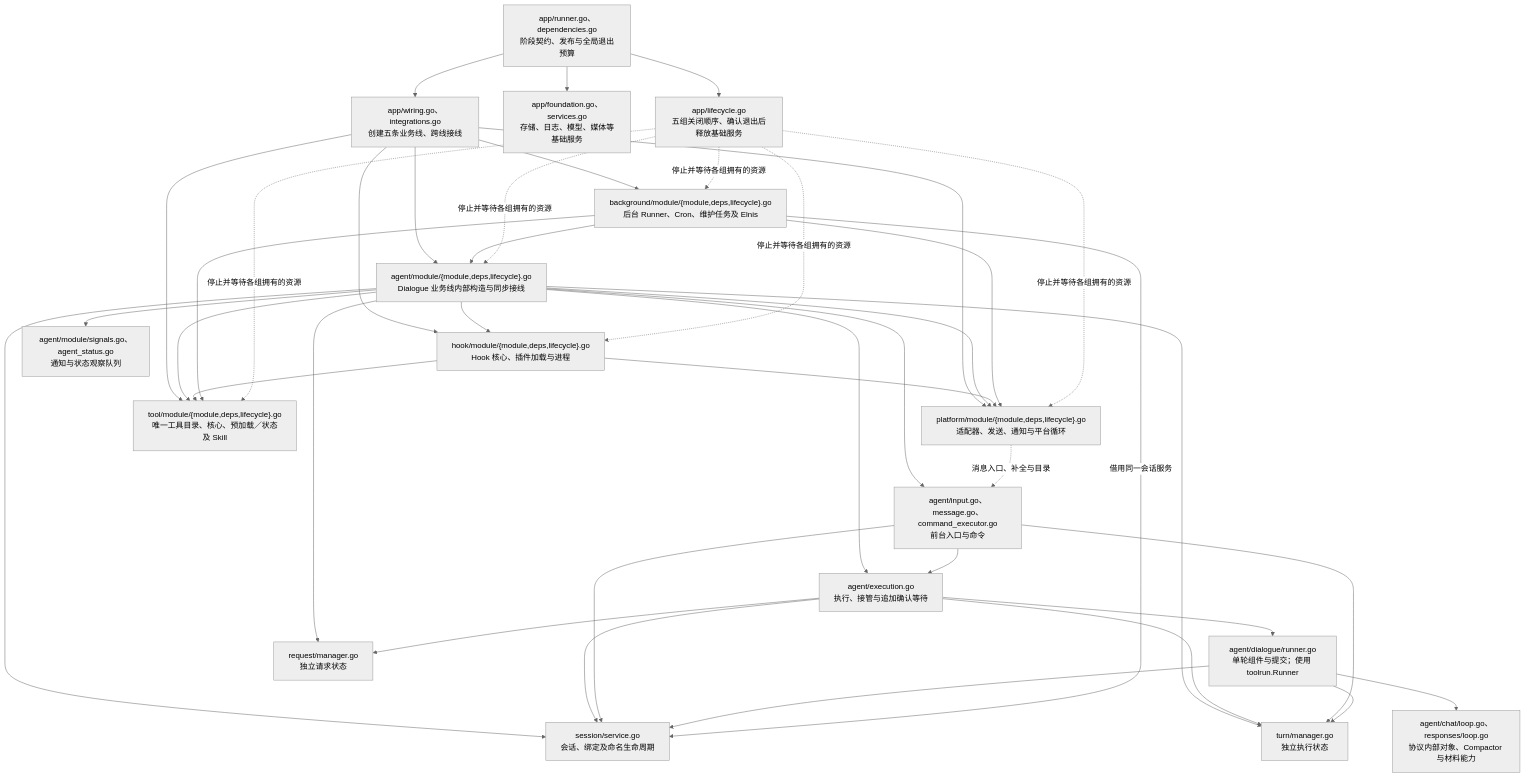
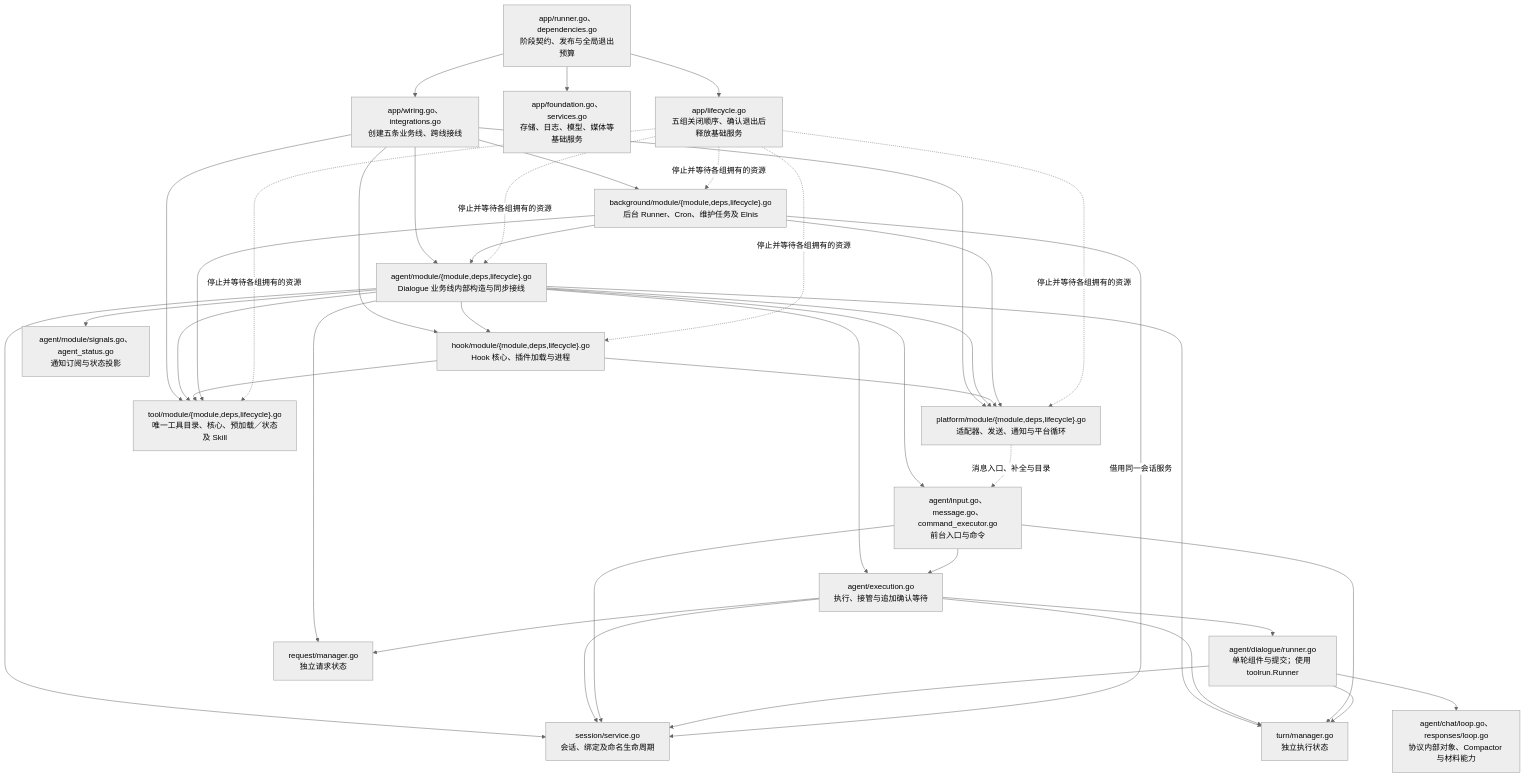
Before and after one commit to Elflare/elbot: the first of 5 diagrams in devdocs/architecture.md, drawn with Mermaid (neutral theme). The commit also changed other lines of this file and 159 other files, not shown here.

````diff
--- a/devdocs/architecture.md
+++ b/devdocs/architecture.md
@@ -31,37 +31,37 @@
 ```mermaid
 flowchart TB
     A["app/runner.go、dependencies.go<br/>阶段契约、发布与全局退出预算"]
     W["app/wiring.go、integrations.go<br/>创建五条业务线、跨线接线"]
     F["app/foundation.go、services.go<br/>存储、日志、模型、媒体等基础服务"]
     L["app/lifecycle.go<br/>五组关闭顺序、确认退出后释放基础服务"]
     P["platform/module/{module,deps,lifecycle}.go<br/>适配器、发送、通知与平台循环"]
     T["tool/module/{module,deps,lifecycle}.go<br/>唯一工具目录、核心、预加载／状态及 Skill"]
     H["hook/module/{module,deps,lifecycle}.go<br/>Hook 核心、插件加载与进程"]
     D["agent/module/{module,deps,lifecycle}.go<br/>Dialogue 业务线内部构造与同步接线"]
     B["background/module/{module,deps,lifecycle}.go<br/>后台 Runner、Cron、维护任务及 Elnis"]
     I["agent/input.go、message.go、command_executor.go<br/>前台入口与命令"]
     E["agent/execution.go<br/>执行、接管与追加确认等待"]
     R["agent/dialogue/runner.go<br/>单轮组件与提交；使用 toolrun.Runner"]
     Q["agent/chat/loop.go、responses/loop.go<br/>协议内部对象、Compactor 与材料能力"]
     S["session/service.go<br/>会话、绑定及命名生命周期"]
     RE["request/manager.go<br/>独立请求状态"]
     TU["turn/manager.go<br/>独立执行状态"]
-    O["agent/module/signals.go、agent_status.go<br/>通知与状态观察队列"]
+    O["agent/module/signals.go、agent_status.go<br/>通知订阅与状态投影"]
     A --> W
     A --> F
     A --> L
     W --> P & T & H & D & B
     D --> T & H & P
     H --> T & P
     B --> D & T & P
     D --> I & E & S & RE & TU & O
     I --> E
     E --> R
     E --> S & RE & TU
     I --> S & TU
     R --> S & TU
     R --> Q
     B -->|借用同一会话服务| S
     P -.->|消息入口、补全与目录| I
     L -.->|停止并等待各组拥有的资源| P & B & D & H & T
 ```
````
